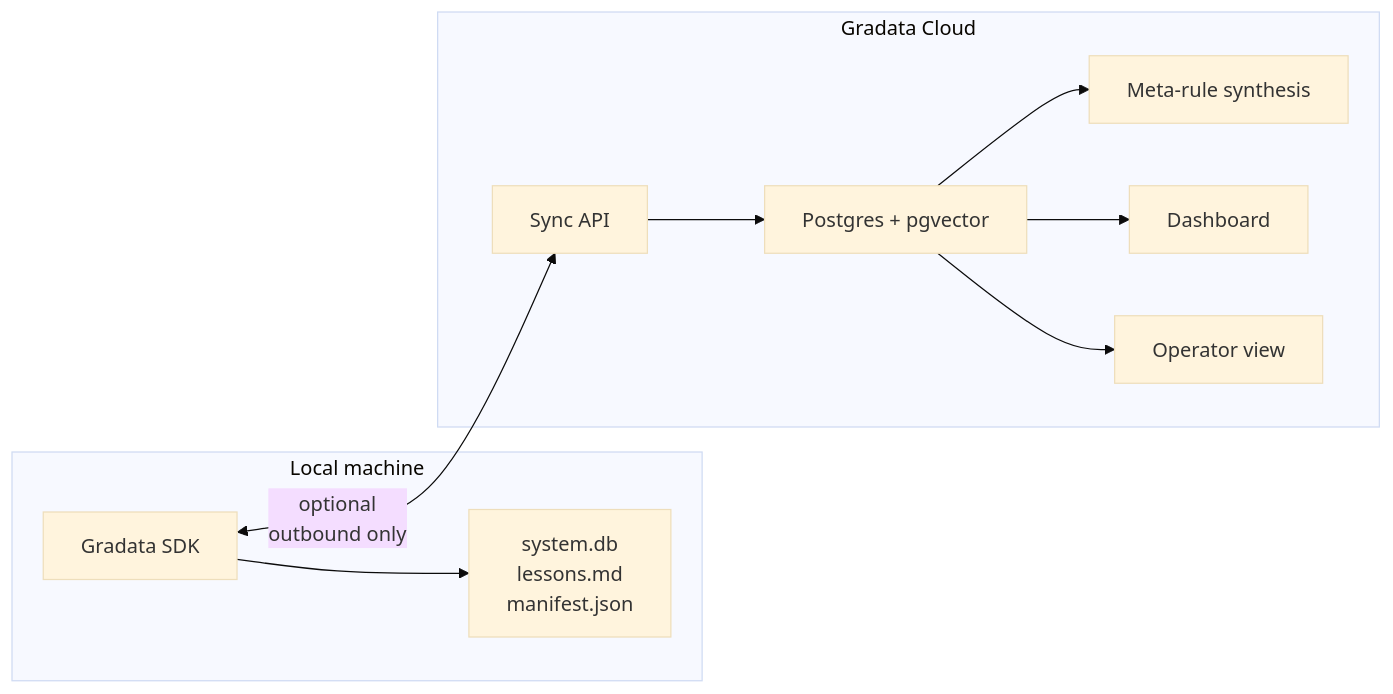
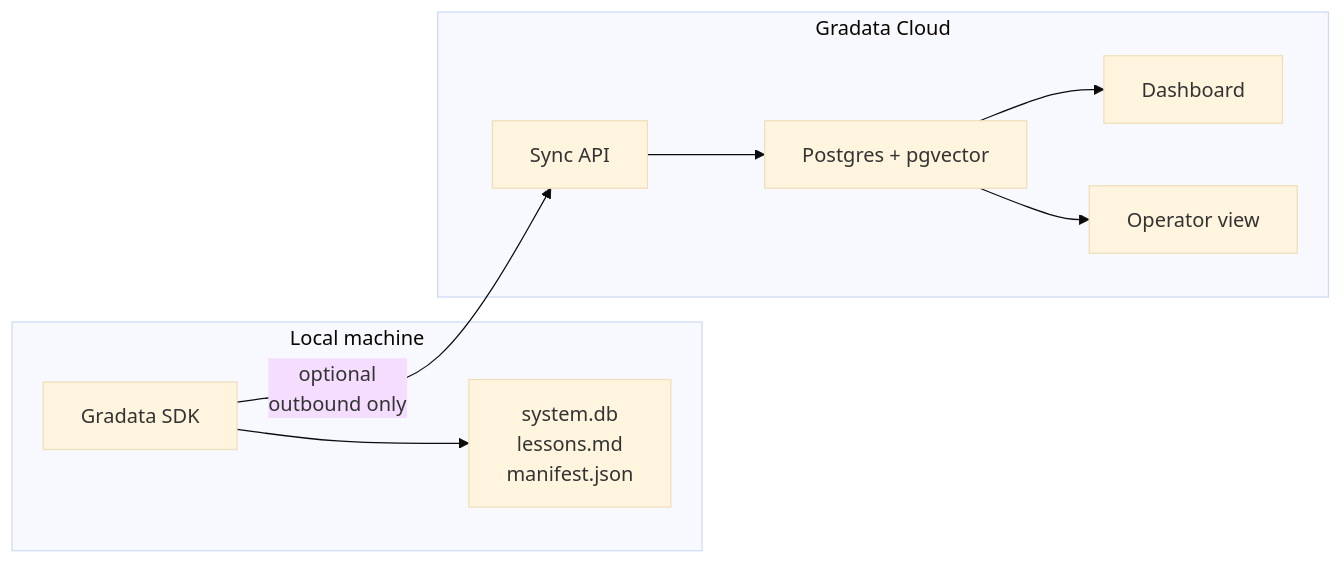
One commit to Gradata/gradata changed the diagram in Gradata/docs/cloud/overview.md. Above: the diagram before and after it, drawn with Mermaid (base theme). The commit also changed other lines of this file and 53 other files, not shown here.

````diff
--- a/Gradata/docs/cloud/overview.md
+++ b/Gradata/docs/cloud/overview.md
@@ -44,13 +43,12 @@
 ```mermaid
 flowchart LR
     subgraph Local["Local machine"]
       A[Gradata SDK] --> B[system.db<br/>lessons.md<br/>manifest.json]
     end
     subgraph Cloud["Gradata Cloud"]
       C[Sync API] --> D[Postgres + pgvector]
-      D --> E[Meta-rule synthesis]
       D --> F[Dashboard]
       D --> G[Operator view]
     end
-    A <-->|optional<br/>outbound only| C
+    A -->|optional<br/>outbound only| C
 ```
````
